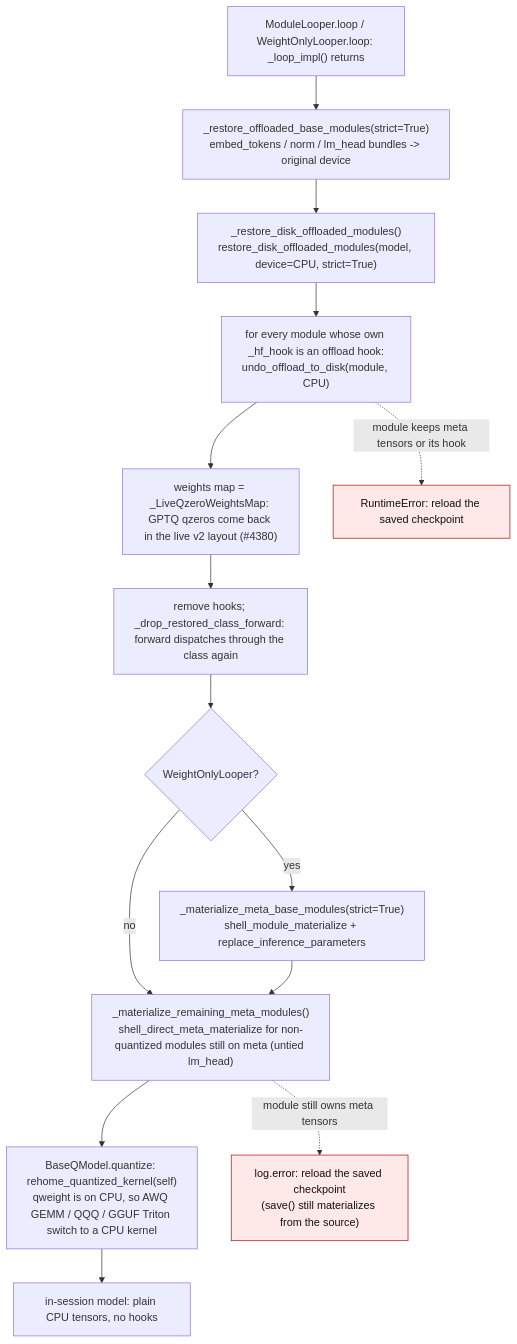
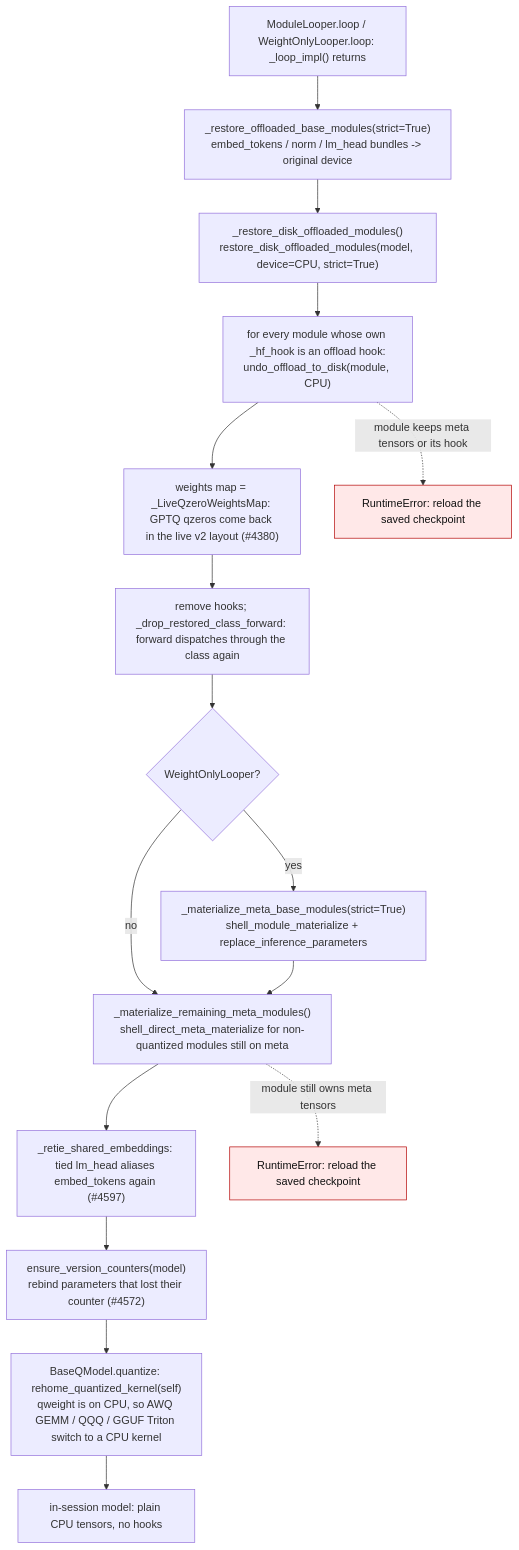
Before and after one commit to ModelCloud/GPTQModel: the first of 3 diagrams in docs/in-session-model-after-offload.md, drawn with Mermaid. The commit also changed other lines of this file and 7 other files, not shown here.

````diff
--- a/docs/in-session-model-after-offload.md
+++ b/docs/in-session-model-after-offload.md
@@ -13,18 +13,20 @@
 ```mermaid
 flowchart TD
     L["ModuleLooper.loop / WeightOnlyLooper.loop: _loop_impl() returns"] --> B["_restore_offloaded_base_modules(strict=True)<br/>embed_tokens / norm / lm_head bundles -> original device"]
     B --> Q["_restore_disk_offloaded_modules()<br/>restore_disk_offloaded_modules(model, device=CPU, strict=True)"]
     Q --> Q1["for every module whose own _hf_hook is an offload hook:<br/>undo_offload_to_disk(module, CPU)"]
     Q1 --> Q2["weights map = _LiveQzeroWeightsMap: GPTQ qzeros come back in the live v2 layout (#4380)"]
     Q2 --> Q3["remove hooks; _drop_restored_class_forward: forward dispatches through the class again"]
     Q3 --> W{"WeightOnlyLooper?"}
     W -- yes --> M["_materialize_meta_base_modules(strict=True)<br/>shell_module_materialize + replace_inference_parameters"]
     W -- no --> R
-    M --> R["_materialize_remaining_meta_modules()<br/>shell_direct_meta_materialize for non-quantized modules still on meta (untied lm_head)"]
-    R --> K["BaseQModel.quantize: rehome_quantized_kernel(self)<br/>qweight is on CPU, so AWQ GEMM / QQQ / GGUF Triton switch to a CPU kernel"]
+    M --> R["_materialize_remaining_meta_modules()<br/>shell_direct_meta_materialize for non-quantized modules still on meta"]
+    R --> T["_retie_shared_embeddings: tied lm_head aliases embed_tokens again (#4597)"]
+    T --> V["ensure_version_counters(model)<br/>rebind parameters that lost their counter (#4572)"]
+    V --> K["BaseQModel.quantize: rehome_quantized_kernel(self)<br/>qweight is on CPU, so AWQ GEMM / QQQ / GGUF Triton switch to a CPU kernel"]
     K --> D["in-session model: plain CPU tensors, no hooks"]
     Q1 -. "module keeps meta tensors or its hook" .-> F1["RuntimeError: reload the saved checkpoint"]
-    R -. "module still owns meta tensors" .-> F2["log.error: reload the saved checkpoint<br/>(save() still materializes from the source)"]
+    R -. "module still owns meta tensors" .-> F2["RuntimeError: reload the saved checkpoint"]
     classDef failure fill:#ffe8e8,stroke:#b30000,color:#111;
     class F1,F2 failure;
 ```
````
